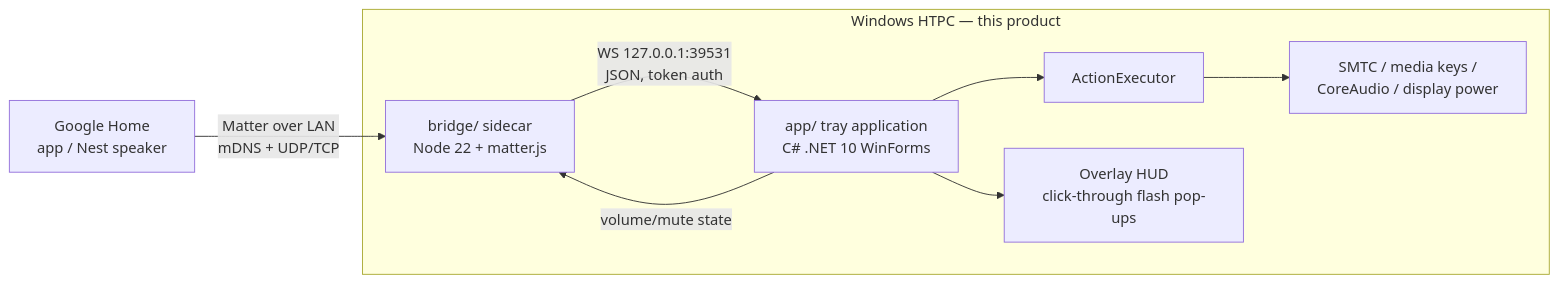
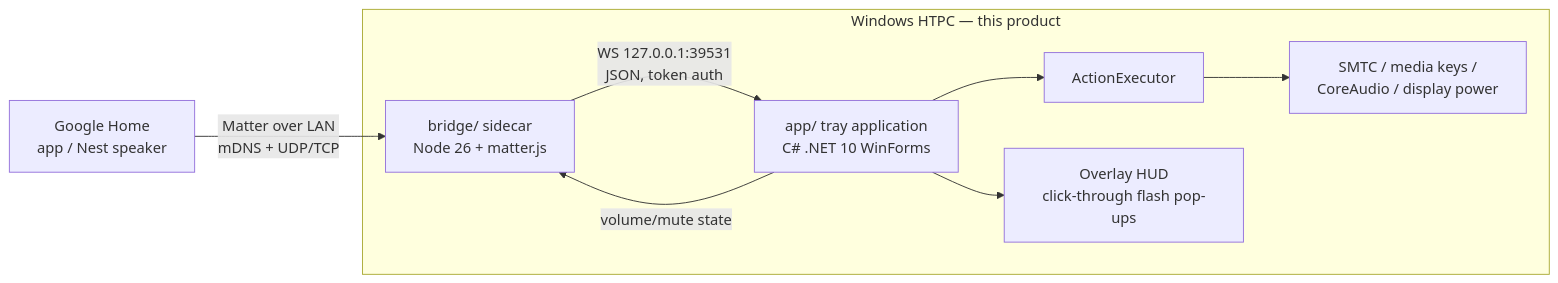
One commit to fdymond/matterhelm changed the diagram in docs/BLUEPRINT.md. Above: the diagram before and after it, drawn with Mermaid. The commit also changed other lines of this file and 16 other files, not shown here.

````diff
--- a/docs/BLUEPRINT.md
+++ b/docs/BLUEPRINT.md
@@ -36,11 +36,11 @@
 ```mermaid
 flowchart LR
     GH[Google Home\napp / Nest speaker] -- Matter over LAN\nmDNS + UDP/TCP --> MB
     subgraph HTPC [Windows HTPC — this product]
-        MB[bridge/ sidecar\nNode 22 + matter.js] -- WS 127.0.0.1:39531\nJSON, token auth --> TA[app/ tray application\nC# .NET 10 WinForms]
+        MB[bridge/ sidecar\nNode 26 + matter.js] -- WS 127.0.0.1:39531\nJSON, token auth --> TA[app/ tray application\nC# .NET 10 WinForms]
         TA --> EX[ActionExecutor]
         EX --> OS[SMTC / media keys /\nCoreAudio / display power]
         TA --> HUD[Overlay HUD\nclick-through flash pop-ups]
         TA -- volume/mute state --> MB
     end
 ```
````
